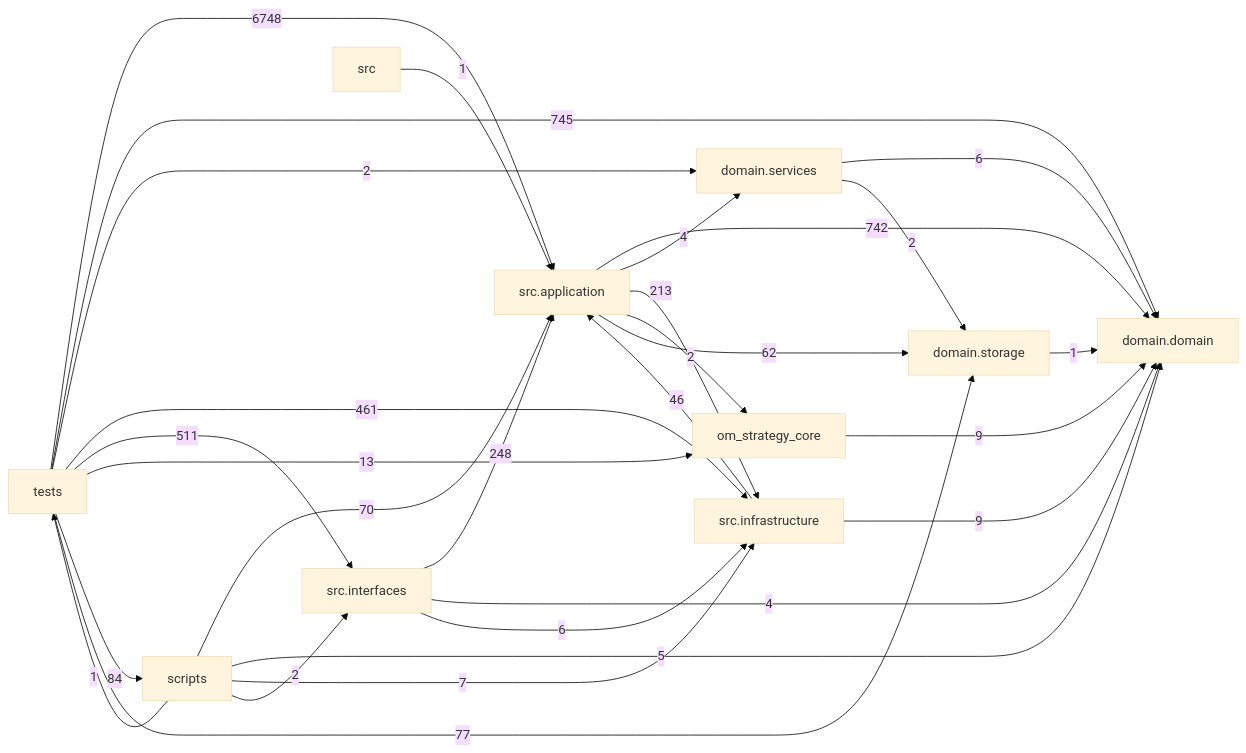
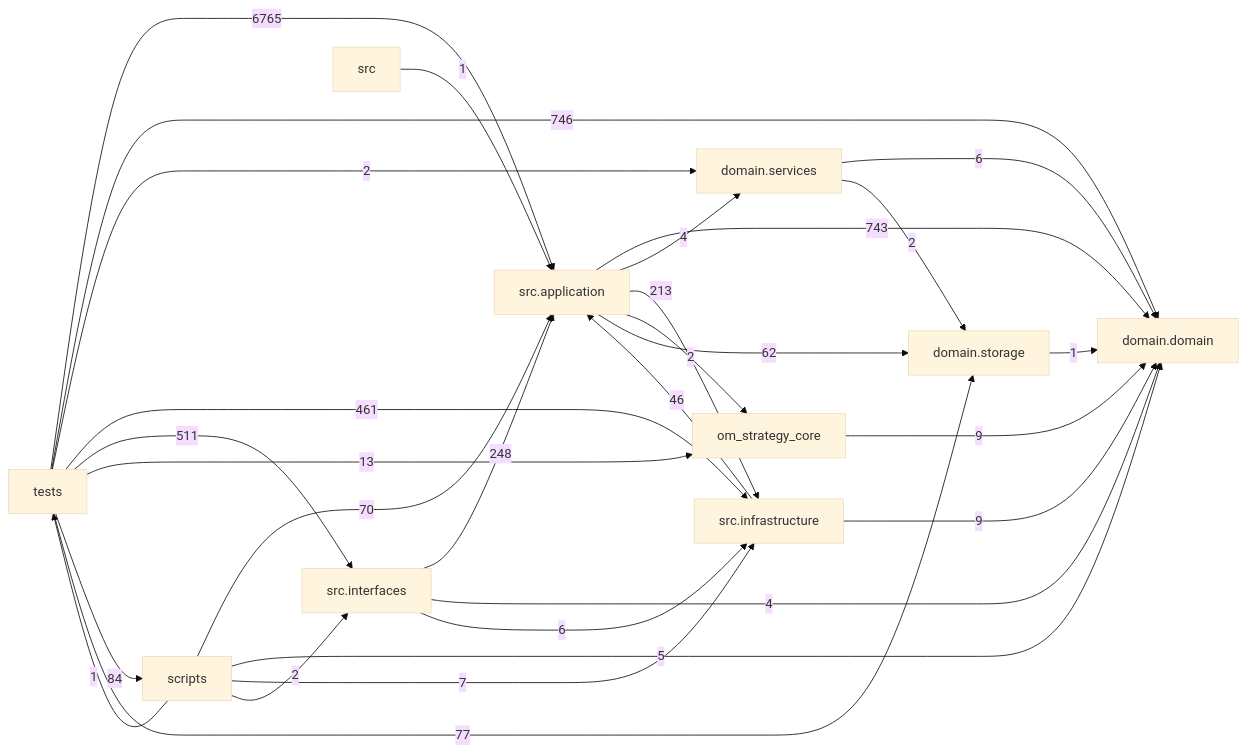
One commit to liuxie066/options-monitor changed the diagram in docs/DEPENDENCY_GRAPH.md. Above: the diagram before and after it, drawn with Mermaid (base theme). The commit also changed other lines of this file and 9 other files, not shown here.

````diff
--- a/docs/DEPENDENCY_GRAPH.md
+++ b/docs/DEPENDENCY_GRAPH.md
@@ -24,39 +24,39 @@
 ```mermaid
 flowchart LR
   tests["tests"]
   scripts["scripts"]
   interfaces["src.interfaces"]
   application["src.application"]
   infrastructure["src.infrastructure"]
   domain_services["domain.services"]
   domain["domain.domain"]
   storage["domain.storage"]
-  application -->|742| domain
+  application -->|743| domain
   application -->|4| domain_services
   application -->|213| infrastructure
   application -->|2| om_strategy_core
   application -->|62| storage
   domain_services -->|6| domain
   domain_services -->|2| storage
   infrastructure -->|46| application
   infrastructure -->|9| domain
   interfaces -->|248| application
   interfaces -->|4| domain
   interfaces -->|6| infrastructure
   om_strategy_core -->|9| domain
   scripts -->|70| application
   scripts -->|5| domain
   scripts -->|7| infrastructure
   scripts -->|2| interfaces
   scripts -->|1| tests
   src -->|1| application
   storage -->|1| domain
-  tests -->|6748| application
-  tests -->|745| domain
+  tests -->|6765| application
+  tests -->|746| domain
   tests -->|2| domain_services
   tests -->|461| infrastructure
   tests -->|511| interfaces
   tests -->|13| om_strategy_core
   tests -->|84| scripts
   tests -->|77| storage
 ```
````
